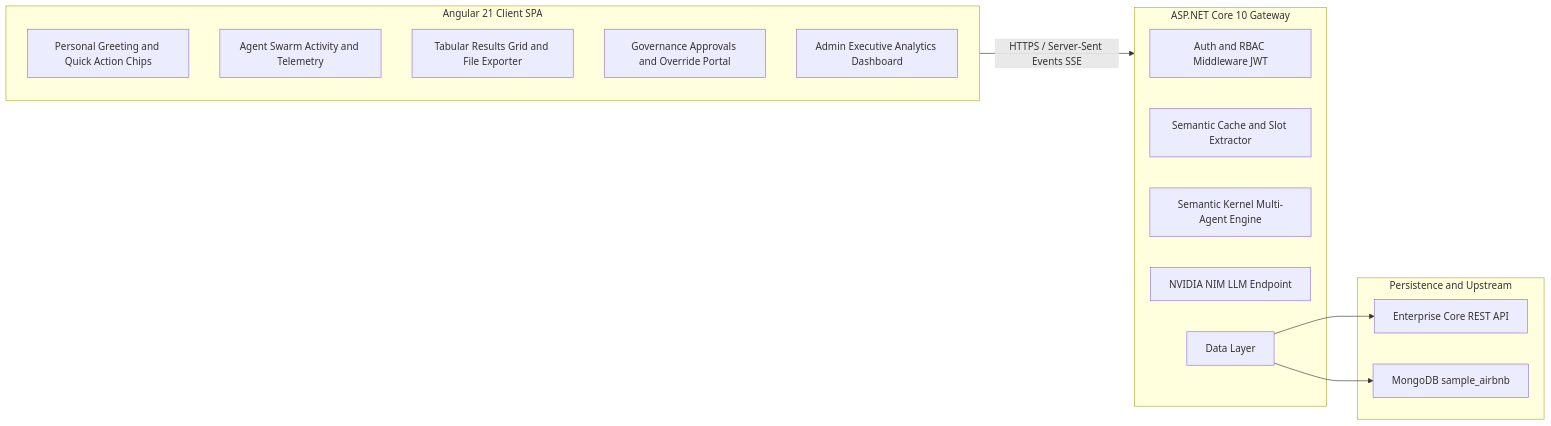
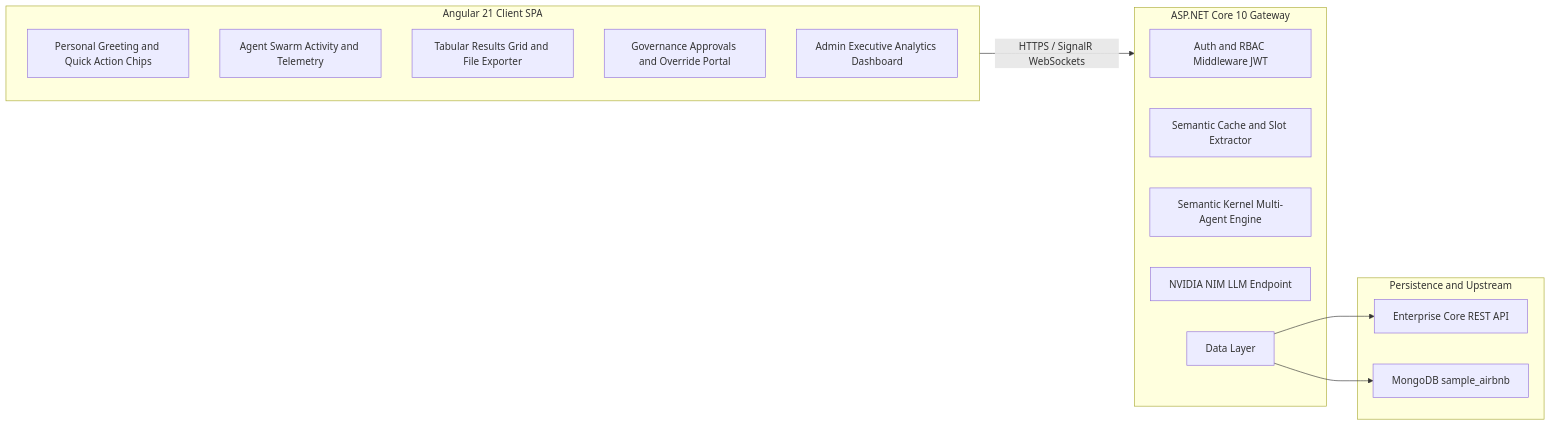
Before and after one commit to bikash-dotnet/MultiAgent-Mongo-NLP: the second of 4 diagrams in docs/BRD.md, drawn with Mermaid. The commit also changed other lines of this file and 18 other files, not shown here.

First line of the commit message:
docs: replace SSE references with SignalR

````diff
--- a/docs/BRD.md
+++ b/docs/BRD.md
@@ -135,27 +135,27 @@
 ```mermaid
 flowchart LR
     subgraph Client["Angular 21 Client SPA"]
         C1["Personal Greeting and Quick Action Chips"]
         C2["Agent Swarm Activity and Telemetry"]
         C3["Tabular Results Grid and File Exporter"]
         C4["Governance Approvals and Override Portal"]
         C5["Admin Executive Analytics Dashboard"]
     end
 
     subgraph Gateway["ASP.NET Core 10 Gateway"]
         G1["Auth and RBAC Middleware JWT"]
         G2["Semantic Cache and Slot Extractor"]
         G3["Semantic Kernel Multi-Agent Engine"]
         G4["NVIDIA NIM LLM Endpoint"]
         G5["Data Layer"]
     end
 
     subgraph Data["Persistence and Upstream"]
         D1["Enterprise Core REST API"]
         D2["MongoDB sample_airbnb"]
     end
 
-    Client -->|"HTTPS / Server-Sent Events SSE"| Gateway
+    Client -->|"HTTPS / SignalR WebSockets"| Gateway
     G5 --> D1
     G5 --> D2
 ```
````
